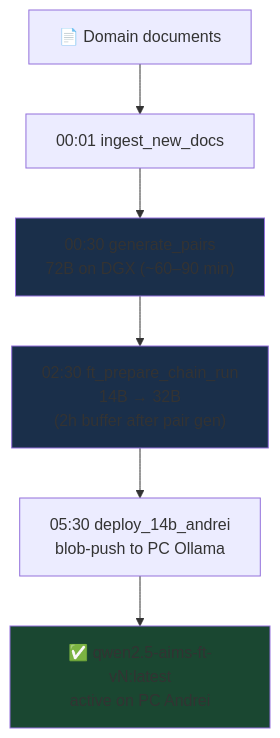
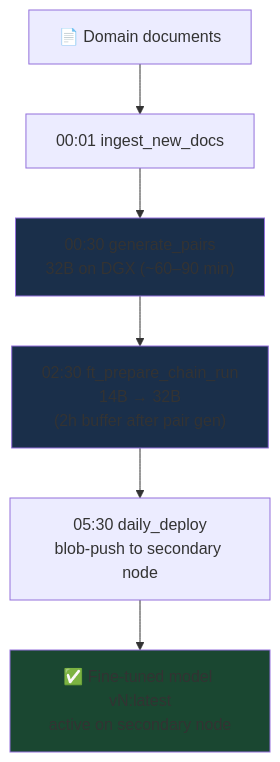
Diagram 11 of 12 in README.md (AxiOMSphereAssistanceAIMS/AxiOMSphere), drawn with Mermaid before and after one commit. The commit also changed other lines of this file, not shown here.

````diff
--- a/README.md
+++ b/README.md
@@ -577,11 +606,11 @@
 ```mermaid
 flowchart TD
     DOCS["📄 Domain documents"] --> INGEST["00:01 ingest_new_docs"]
-    INGEST --> PAIRS["00:30 generate_pairs\n72B on DGX (~60–90 min)"]
+    INGEST --> PAIRS["00:30 generate_pairs\n32B on DGX (~60–90 min)"]
     PAIRS --> FT["02:30 ft_prepare_chain_run\n14B → 32B\n(2h buffer after pair gen)"]
-    FT --> DEPLOY["05:30 deploy_14b_andrei\nblob-push to PC Ollama"]
-    DEPLOY --> BOT["✅ qwen2.5-aims-ft-vN:latest\nactive on PC Andrei"]
+    FT --> DEPLOY["05:30 daily_deploy\nblob-push to secondary node"]
+    DEPLOY --> BOT["✅ Fine-tuned model vN:latest\nactive on secondary node"]
     style PAIRS fill:#1a2f4a
     style FT fill:#1a2f4a
     style BOT fill:#1a4731
 ```
````
